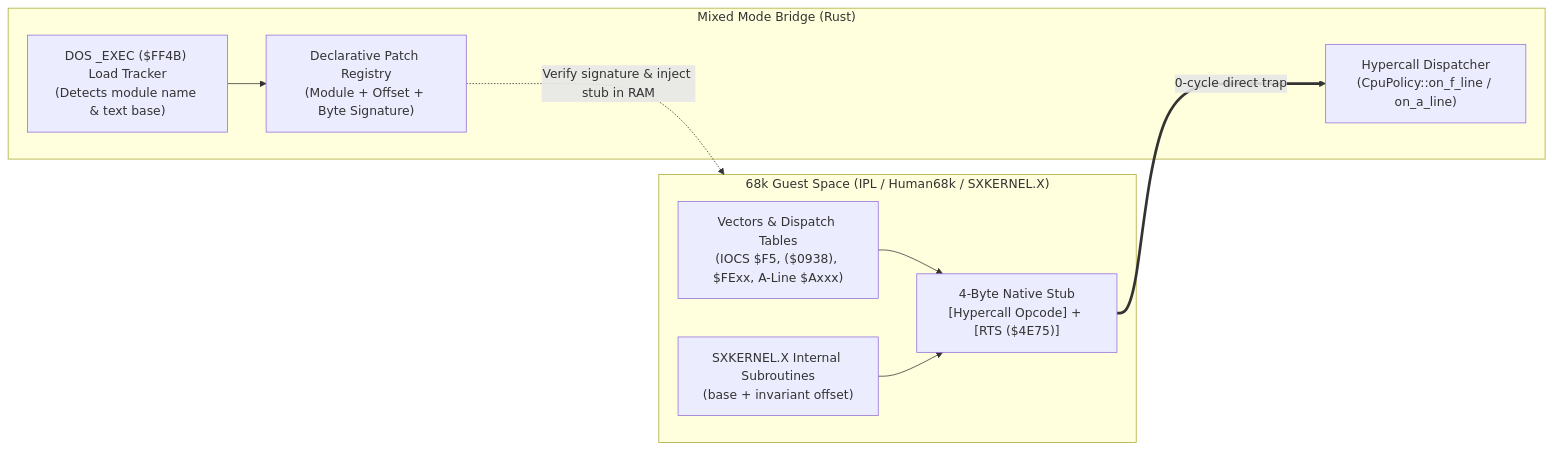
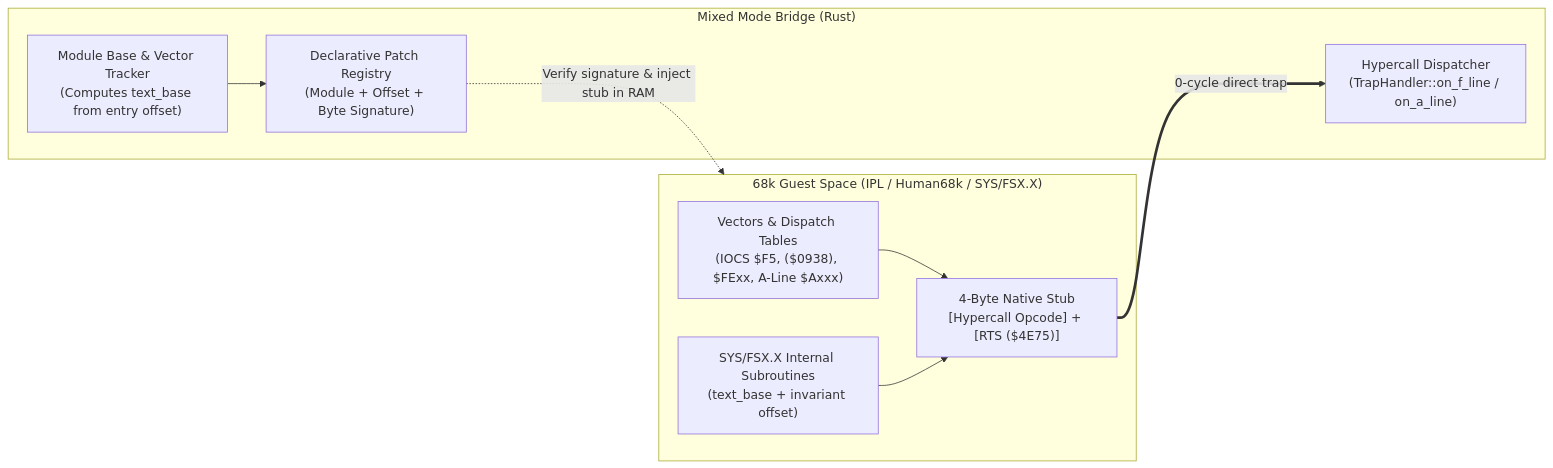
Before and after one commit to toyoshim-i/msx68k: the diagram in docs/HOOK_AND_SCSI_ARCHITECTURE.md, drawn with Mermaid. The commit also changed other lines of this file and 10 other files, not shown here.

````diff
--- a/docs/HOOK_AND_SCSI_ARCHITECTURE.md
+++ b/docs/HOOK_AND_SCSI_ARCHITECTURE.md
@@ -21,20 +21,20 @@
 ```mermaid
 flowchart LR
-    subgraph Guest["68k Guest Space (IPL / Human68k / SXKERNEL.X)"]
+    subgraph Guest["68k Guest Space (IPL / Human68k / SYS/FSX.X)"]
         VecTable["Vectors & Dispatch Tables<br/>(IOCS $F5, ($0938), $FExx, A-Line $Axxx)"]
-        SubPrologue["SXKERNEL.X Internal Subroutines<br/>(base + invariant offset)"]
+        SubPrologue["SYS/FSX.X Internal Subroutines<br/>(text_base + invariant offset)"]
         Stub["4-Byte Native Stub<br/>[Hypercall Opcode] + [RTS ($4E75)]"]
         VecTable --> Stub
         SubPrologue --> Stub
     end
 
     subgraph Bridge["Mixed Mode Bridge (Rust)"]
-        LoadTracker["DOS _EXEC ($FF4B) Load Tracker<br/>(Detects module name & text base)"]
+        LoadTracker["Module Base & Vector Tracker<br/>(Computes text_base from entry offset)"]
         PatchRegistry["Declarative Patch Registry<br/>(Module + Offset + Byte Signature)"]
-        Dispatcher["Hypercall Dispatcher<br/>(CpuPolicy::on_f_line / on_a_line)"]
+        Dispatcher["Hypercall Dispatcher<br/>(TrapHandler::on_f_line / on_a_line)"]
     end
 
     LoadTracker --> PatchRegistry
     PatchRegistry -.->|"Verify signature & inject stub in RAM"| Guest
     Stub ===>|"0-cycle direct trap"| Dispatcher
 ```
````
